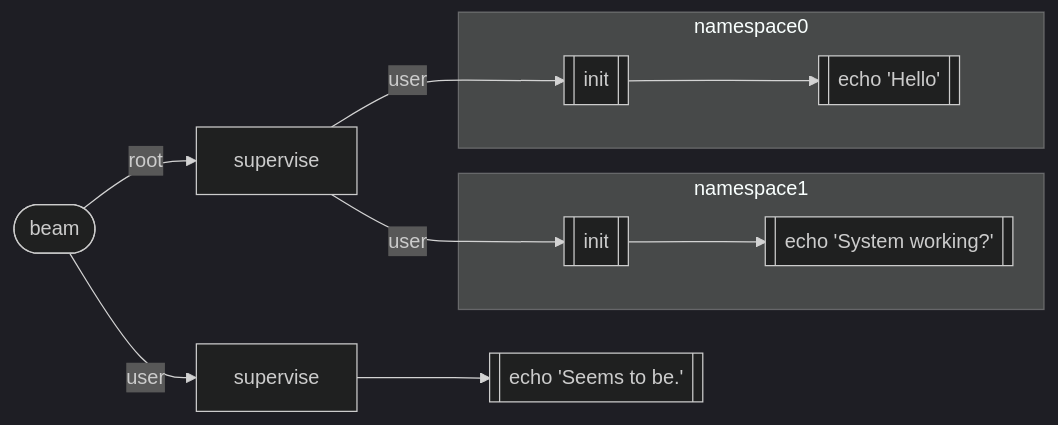
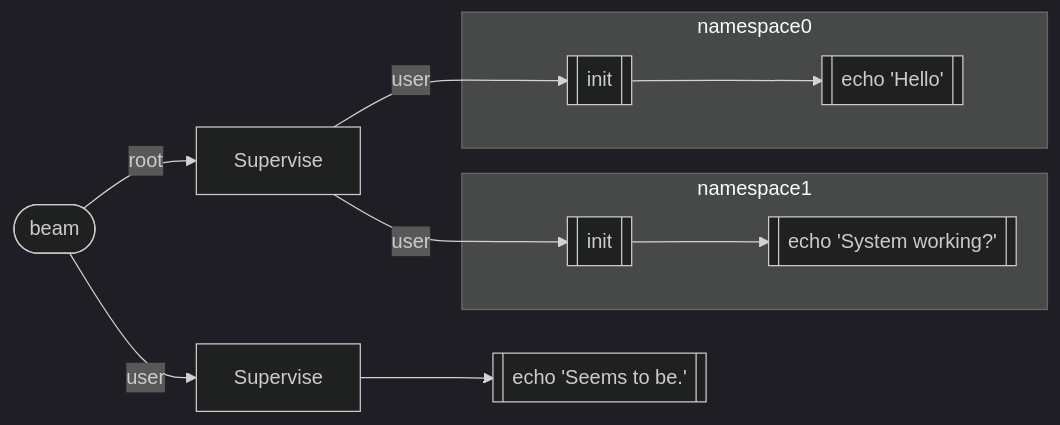
The first of 9 diagrams in README.md (msantos/stdio), drawn with Mermaid (dark theme) before and after one commit. The commit also changed other lines of this file and 2 other files, not shown here.

````diff
--- a/README.md
+++ b/README.md
@@ -8,14 +8,14 @@
 ```mermaid
 graph LR
-    B([beam]) -->|root| S0[supervise]
-    B([beam]) -->|user| S1[supervise]
+    B([beam]) -->|root| S0[Supervise]
+    B([beam]) -->|user| S1[Supervise]
     S0 --> |user|I0[[init]]
     S0 --> |user|I1[[init]]
     subgraph namespace0
     I0 --> C0[[echo 'Hello']]
     end
     subgraph namespace1
     I1 --> C1[[echo 'System working?']]
     end
     S1 --> C2[[echo 'Seems to be.']]
 ```
````
